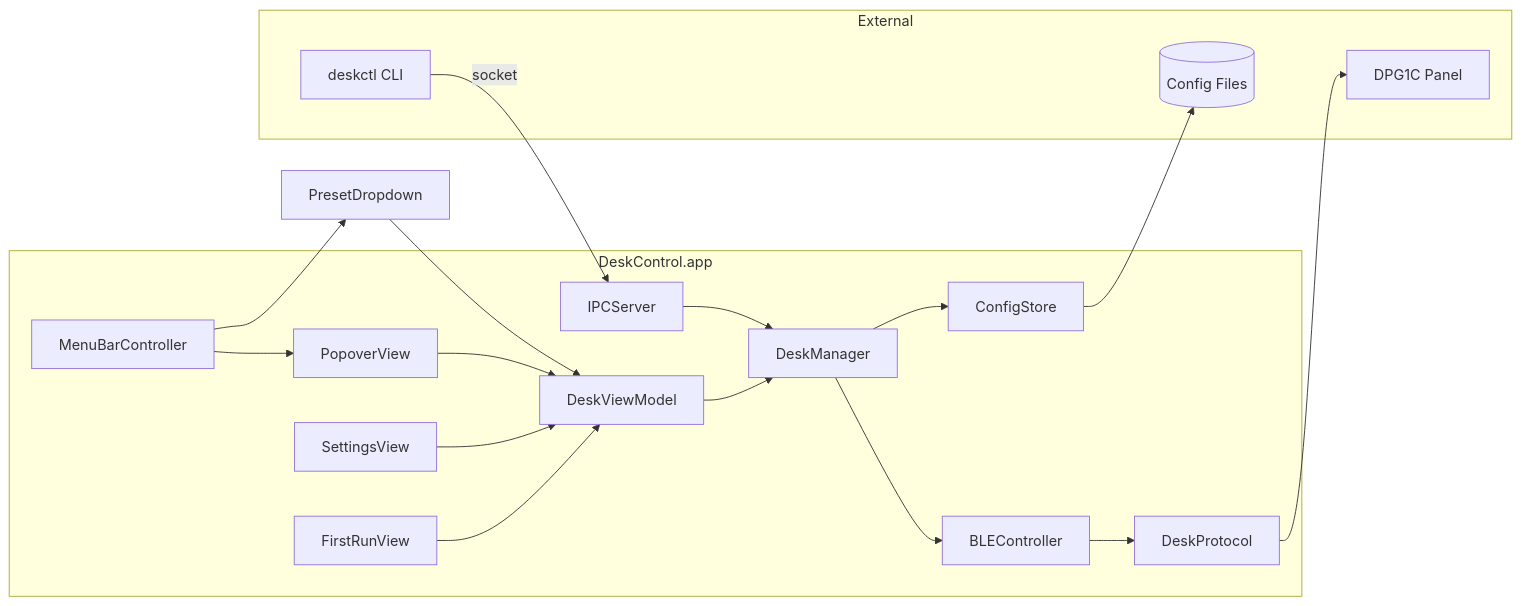
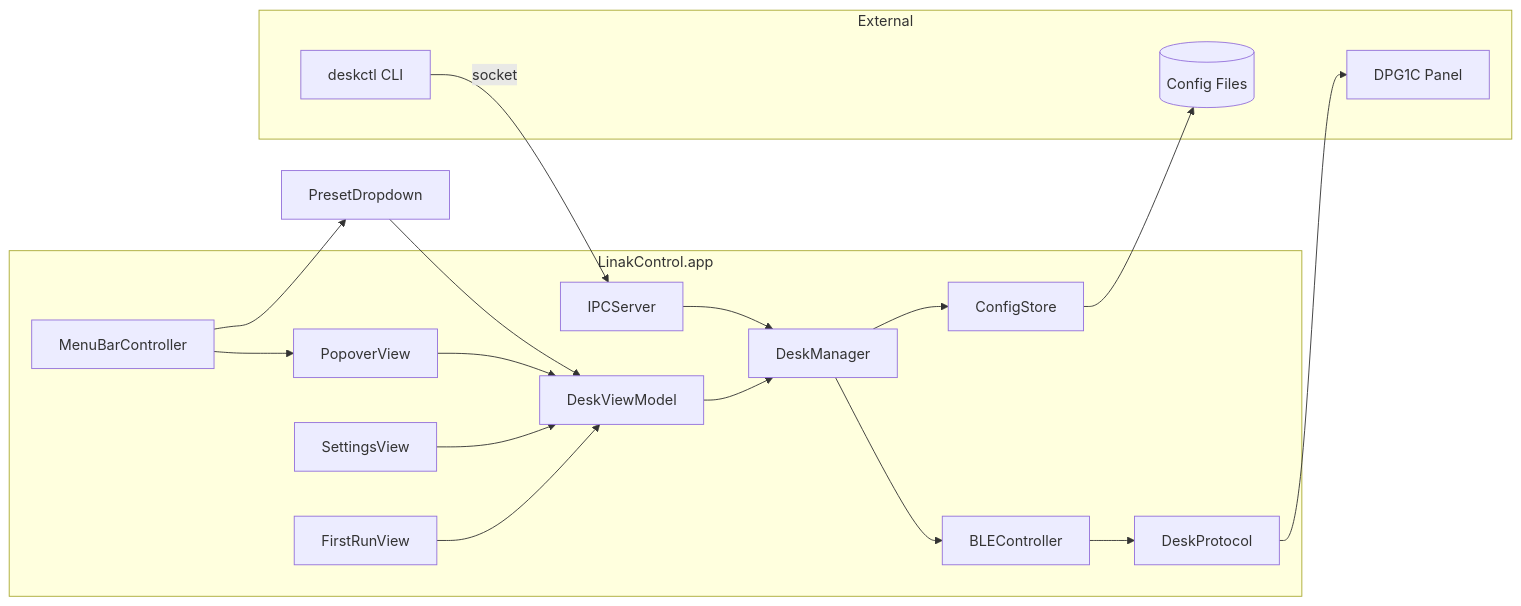
Before and after one commit to MMoMM-org/linak-control: the second of 7 diagrams in docs/XDD/specs/001-linak-dpg1c-desk-control/solution.md, drawn with Mermaid. The commit also changed other lines of this file and 10 other files, not shown here.

````diff
--- a/docs/XDD/specs/001-linak-dpg1c-desk-control/solution.md
+++ b/docs/XDD/specs/001-linak-dpg1c-desk-control/solution.md
@@ -202,36 +202,36 @@
 ```mermaid
 graph LR
-    subgraph DeskControl.app
+    subgraph LinakControl.app
         MenuBar[MenuBarController]
         Popover[PopoverView]
         Settings[SettingsView]
         FirstRun[FirstRunView]
         VM[DeskViewModel]
         IPC[IPCServer]
         DM[DeskManager]
         BLE[BLEController]
         Proto[DeskProtocol]
         Cfg[ConfigStore]
     end
 
     subgraph External
         CLI[deskctl CLI]
         Desk[DPG1C Panel]
         FS[(Config Files)]
     end
 
     MenuBar --> Popover
     MenuBar --> PresetDropdown[PresetDropdown]
     Popover --> VM
     Settings --> VM
     FirstRun --> VM
     PresetDropdown --> VM
     VM --> DM
     IPC --> DM
     DM --> BLE
     BLE --> Proto
     Proto --> Desk
     DM --> Cfg
     Cfg --> FS
     CLI -->|socket| IPC
 ```
````
